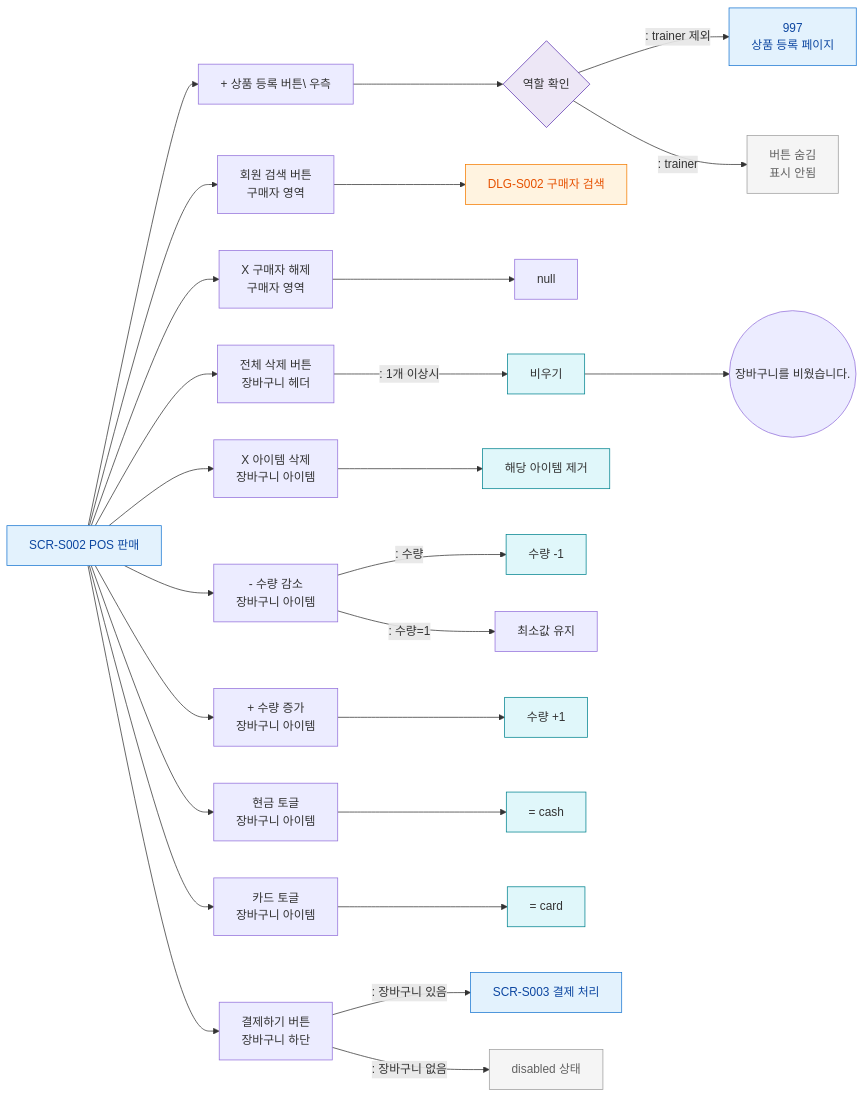
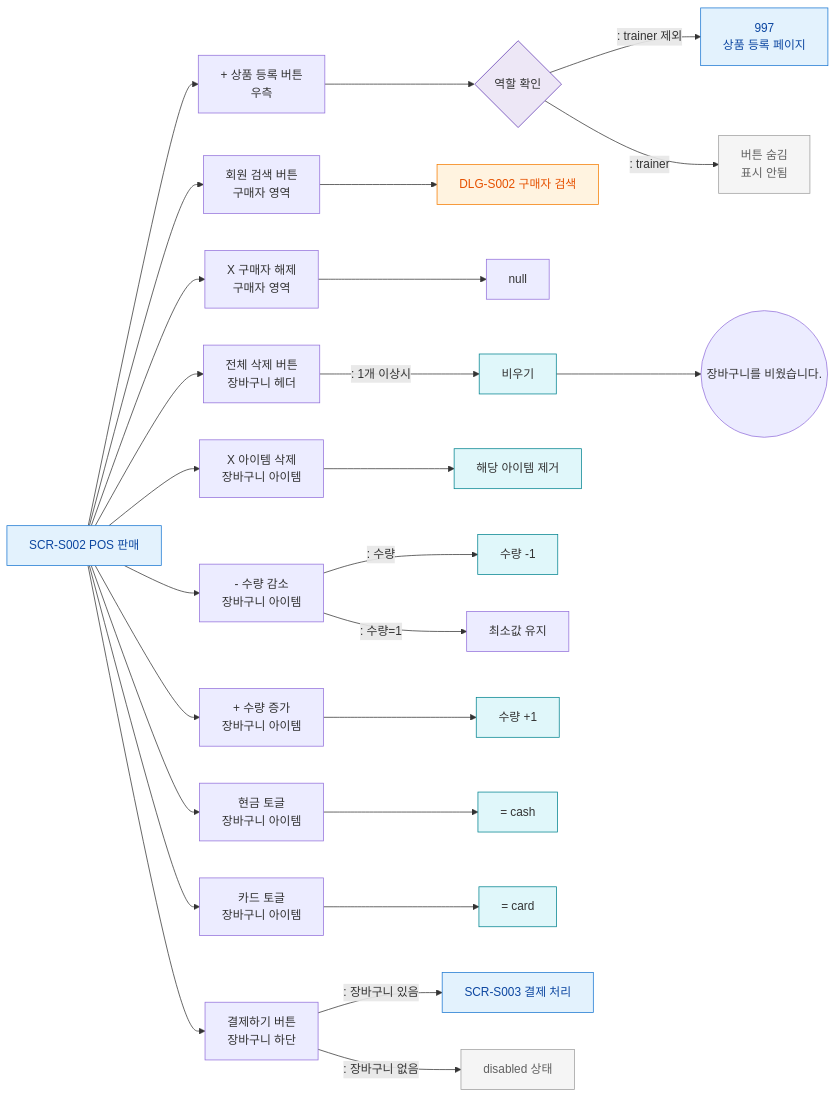
One commit to dev-spogym/admin-pando changed the diagram in docs/admin/다이어그램/D03_매출관리/SCR-S002_POS판매/F3_버튼액션.md. Above: the diagram before and after it, drawn with Mermaid. The commit also changed 369 other files, not shown here.

````diff
--- a/docs/admin/다이어그램/D03_매출관리/SCR-S002_POS판매/F3_버튼액션.md
+++ b/docs/admin/다이어그램/D03_매출관리/SCR-S002_POS판매/F3_버튼액션.md
@@ -18,47 +18,47 @@
 ```mermaid
 flowchart LR
     S002[SCR-S002 POS 판매]
 
-    S002 --> BTN_REGISTER[+ 상품 등록 버튼\ 우측]
+    S002 --> BTN_REGISTER[+ 상품 등록 버튼<br/> 우측]
     S002 --> BTN_BUYER[회원 검색 버튼\n구매자 영역]
     S002 --> BTN_BUYER_CLEAR[X 구매자 해제\n구매자 영역]
     S002 --> BTN_CLEAR_ALL[전체 삭제 버튼\n장바구니 헤더]
     S002 --> BTN_ITEM_DEL[X 아이템 삭제\n장바구니 아이템]
     S002 --> BTN_QTY_MINUS[- 수량 감소\n장바구니 아이템]
     S002 --> BTN_QTY_PLUS[+ 수량 증가\n장바구니 아이템]
     S002 --> BTN_PRICE_CASH[현금 토글\n장바구니 아이템]
     S002 --> BTN_PRICE_CARD[카드 토글\n장바구니 아이템]
     S002 --> BTN_CHECKOUT[결제하기 버튼\n장바구니 하단]
 
     BTN_REGISTER --> REG_AUTH{역할 확인}
     REG_AUTH -->|": trainer 제외"|PAGE_997[997\n상품 등록 페이지]
     REG_AUTH -->|": trainer"|REG_HIDDEN[버튼 숨김\n표시 안됨]
 
     BTN_BUYER --> DLG_S002[DLG-S002 구매자 검색]
     BTN_BUYER_CLEAR --> BUYER_NULL[null]
 
     BTN_CLEAR_ALL -->|": 1개 이상시"|CART_EMPTY[비우기]
     CART_EMPTY --> TOAST_CLEAR((장바구니를 비웠습니다.))
 
     BTN_ITEM_DEL --> ITEM_REMOVE[해당 아이템 제거]
     BTN_QTY_MINUS -->|": 수량"|QTY_DEC[수량 -1]
     BTN_QTY_MINUS -->|": 수량=1"|QTY_MIN[최소값 유지]
     BTN_QTY_PLUS --> QTY_INC[수량 +1]
     BTN_PRICE_CASH --> PRICE_CASH[= cash]
     BTN_PRICE_CARD --> PRICE_CARD[= card]
 
     BTN_CHECKOUT -->|": 장바구니 있음"|SCR_S003[SCR-S003 결제 처리]
     BTN_CHECKOUT -->|": 장바구니 없음"|DISABLED[disabled 상태]
 
     classDef screen fill:#E3F2FD,stroke:#1976D2,color:#0D47A1
     classDef modal fill:#FFF3E0,stroke:#F57C00,color:#E65100
     classDef system fill:#EDE7F6,stroke:#5E35B2
     classDef rbacBlocked fill:#F5F5F5,stroke:#9E9E9E,color:#616161
     classDef info fill:#E0F7FA,stroke:#00838F
 
     class S002,SCR_S003,PAGE_997 screen
     class DLG_S002 modal
     class REG_AUTH system
     class REG_HIDDEN,DISABLED rbacBlocked
     class CART_EMPTY,ITEM_REMOVE,QTY_DEC,QTY_INC,PRICE_CASH,PRICE_CARD info
 ```
````
